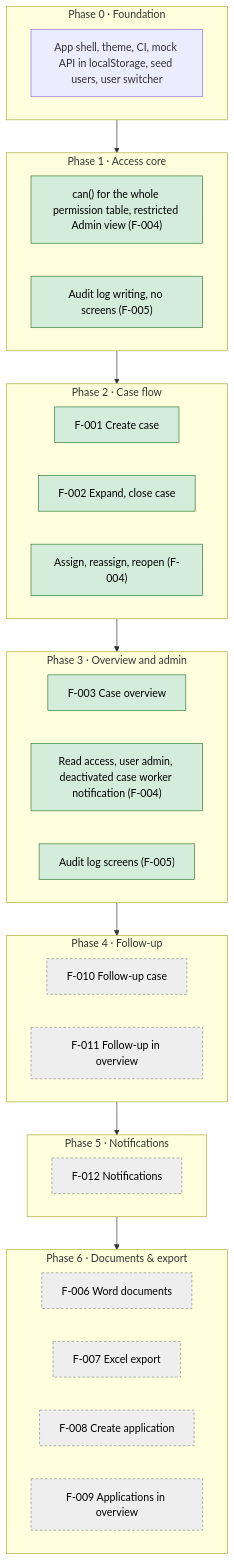
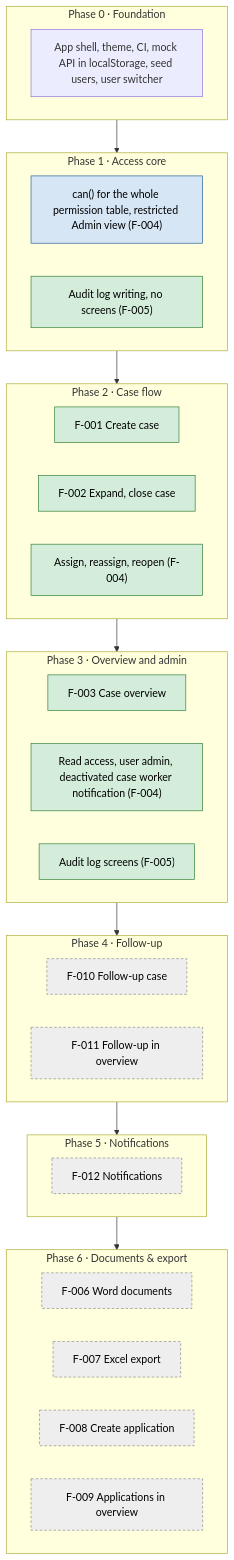
The first of 2 diagrams in docs/roadmap.md (TLS97/tines-case-management-system), drawn with Mermaid before and after one commit. The commit also changed other lines of this file and 7 other files, not shown here.

````diff
--- a/docs/roadmap.md
+++ b/docs/roadmap.md
@@ -10,39 +10,41 @@
 ```mermaid
 flowchart TD
   subgraph P0["Phase 0 · Foundation"]
     F0[App shell, theme, CI, mock API in localStorage, seed users, user switcher]
   end
   subgraph P1["Phase 1 · Access core"]
     P1a["can() for the whole permission table, restricted Admin view (F-004)"]
     P1b["Audit log writing, no screens (F-005)"]
   end
   subgraph P2["Phase 2 · Case flow"]
     F001[F-001 Create case]
     F002["F-002 Expand, close case"]
     P2a["Assign, reassign, reopen (F-004)"]
   end
   subgraph P3["Phase 3 · Overview and admin"]
     F003[F-003 Case overview]
     P3a["Read access, user admin, deactivated case worker notification (F-004)"]
     P3b["Audit log screens (F-005)"]
   end
   subgraph P4["Phase 4 · Follow-up"]
     F010[F-010 Follow-up case]
     F011[F-011 Follow-up in overview]
   end
   subgraph P5["Phase 5 · Notifications"]
     F012[F-012 Notifications]
   end
   subgraph P6["Phase 6 · Documents & export"]
     F006[F-006 Word documents]
     F007[F-007 Excel export]
     F008[F-008 Create application]
     F009[F-009 Applications in overview]
   end
   P0 --> P1 --> P2 --> P3 --> P4 --> P5 --> P6
 
   classDef approved fill:#d4edda,stroke:#2e7d32,color:#000
   classDef draft fill:#eeeeee,stroke:#888,stroke-dasharray:4 3,color:#000
-  class P1a,P1b,F001,F002,P2a,F003,P3a,P3b approved
+  classDef inprogress fill:#d6e6f5,stroke:#1f5f99,color:#000
+  class P1b,F001,F002,P2a,F003,P3a,P3b approved
+  class P1a inprogress
   class F006,F007,F008,F009,F010,F011,F012 draft
 ```
````
